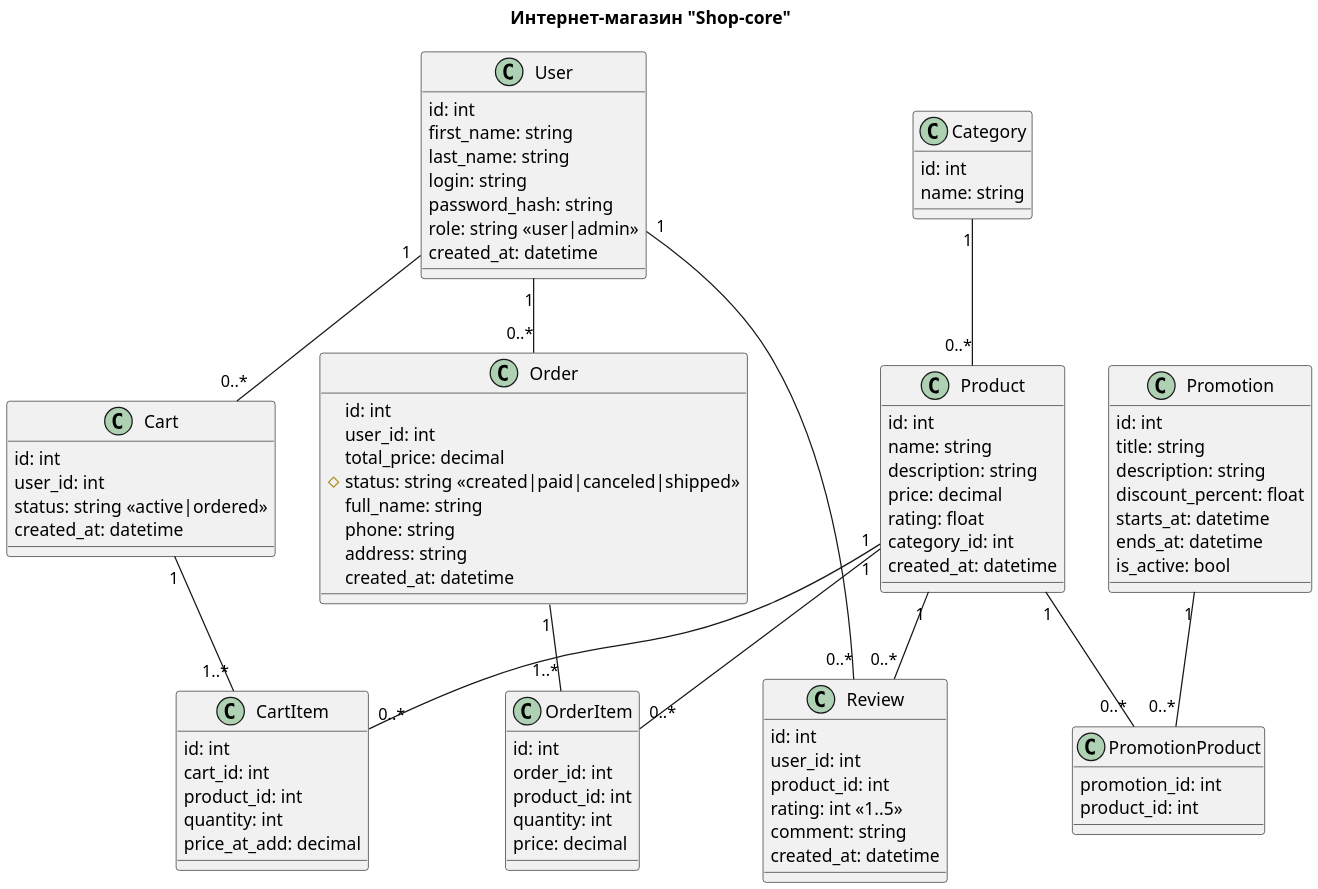
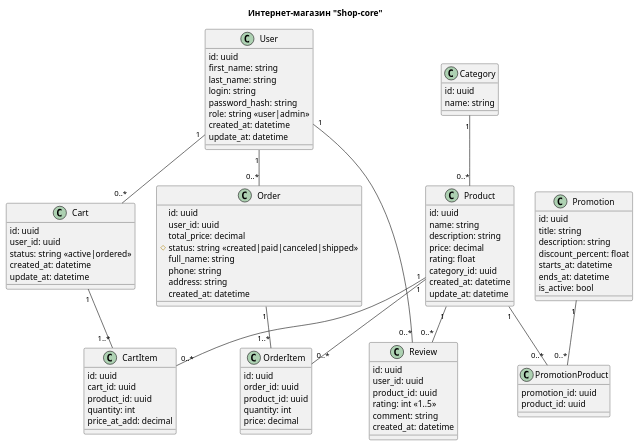
Before and after one commit to dmitrymas0310/shop_core: the diagram in docs/er-model.puml, drawn with PlantUML. The commit also changed 7 other files, not shown here.

```diff
--- a/docs/er-model.puml
+++ b/docs/er-model.puml
@@ -1,109 +1,108 @@
 @startuml er-model
-skinparam defaultFontName Arial
-skinparam dpi 200
-skinparam classFontSize 14
-scale max 2000 width
 
 
 title Интернет-магазин "Shop-core"
 
 class User {
-    id: int
+    id: uuid
     first_name: string
     last_name: string
     login: string
     password_hash: string
     role: string <<user|admin>>
     created_at: datetime
+    update_at: datetime
 }
 
 class Category {
-    id: int
+    id: uuid
     name: string
 }
 
 class Product {
-    id: int
+    id: uuid
     name: string
     description: string
     price: decimal
     rating: float
-    category_id: int
+    category_id: uuid
     created_at: datetime
+    update_at: datetime
 }
 
 class Cart {
-    id: int
-    user_id: int
+    id: uuid
+    user_id: uuid
     status: string <<active|ordered>>
     created_at: datetime
+    update_at: datetime
 }
 
 class CartItem {
-    id: int
-    cart_id: int
-    product_id: int
+    id: uuid
+    cart_id: uuid
+    product_id: uuid
     quantity: int
     price_at_add: decimal
 }
 
 class Order {
-    id: int
-    user_id: int
+    id: uuid
+    user_id: uuid
     total_price: decimal
     #status: string <<created|paid|canceled|shipped>>
     full_name: string
     phone: string
     address: string
     created_at: datetime
 }
 
 class OrderItem {
-    id: int
-    order_id: int
-    product_id: int
+    id: uuid
+    order_id: uuid
+    product_id: uuid
     quantity: int
     price: decimal
 }
 
 class Review {
-    id: int
-    user_id: int
-    product_id: int
+    id: uuid
+    user_id: uuid
+    product_id: uuid
     rating: int <<1..5>>
     comment: string
     created_at: datetime
 }
 
 class Promotion {
-    id: int
+    id: uuid
     title: string
     description: string
     discount_percent: float
     starts_at: datetime
     ends_at: datetime
     is_active: bool
 }
 
 class PromotionProduct {
-    promotion_id: int
-    product_id: int
+    promotion_id: uuid
+    product_id: uuid
 }
 
 User "1" -- "0..*" Cart
 User "1" -- "0..*" Order
 User "1" -- "0..*" Review
 
 Category "1" -- "0..*" Product
 
 Product "1" -- "0..*" Review
 Product "1" -- "0..*" CartItem
 Product "1" -- "0..*" OrderItem
 Product "1" -- "0..*" PromotionProduct
 
 Cart "1" -- "1..*" CartItem
 Order "1" -- "1..*" OrderItem
 
 Promotion "1" -- "0..*" PromotionProduct
 
 @enduml
```
